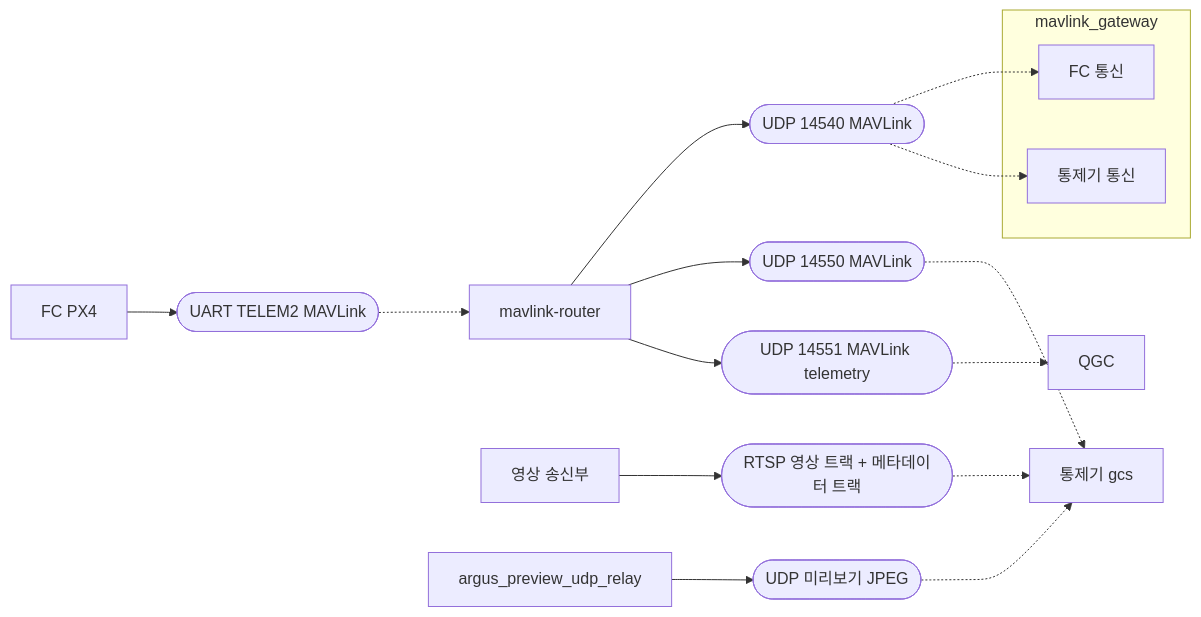
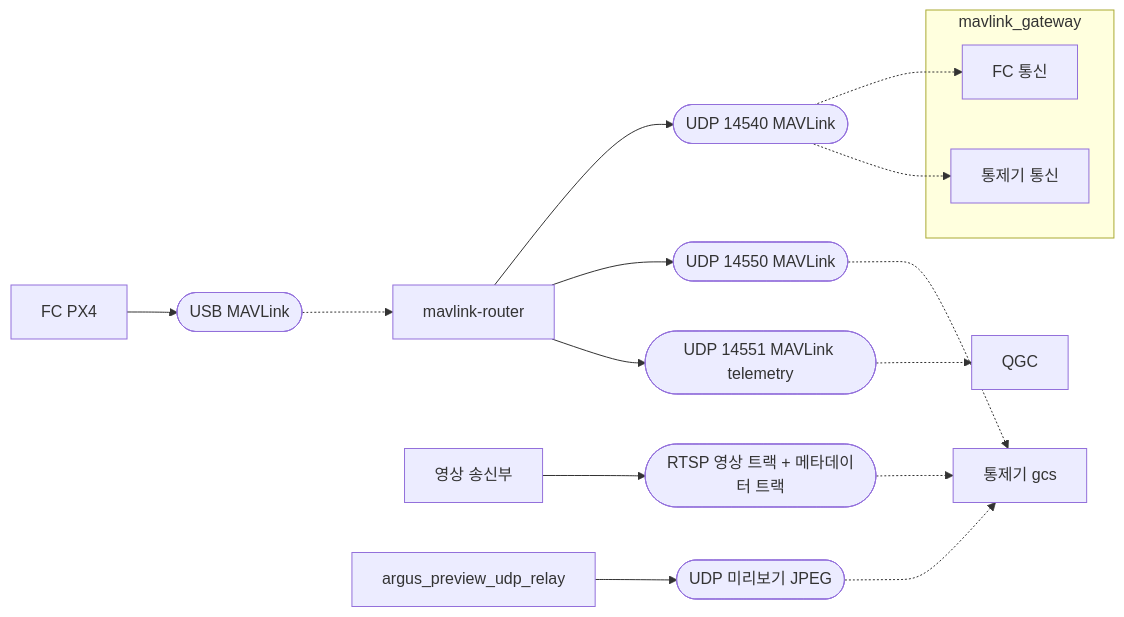
One commit to lig-argus/argus-edge-vision changed the fourth of 4 diagrams in docs/design/uml/component.md. Above: the diagram before and after it, drawn with Mermaid. The commit also changed other lines of this file and 5 other files, not shown here.

First line of the commit message:
docs: FC 와 임무 컴퓨터의 연결을 UART 에서 USB 로 변경 (#87)

````diff
--- a/docs/design/uml/component.md
+++ b/docs/design/uml/component.md
@@ -115,34 +115,34 @@
 ```mermaid
 flowchart LR
     FC[FC PX4]
     router[mavlink-router]
     subgraph mavlink_gateway [mavlink_gateway]
         fc_link[FC 통신]
         gcs_link[통제기 통신]
     end
     vtx[영상 송신부]
     relay[argus_preview_udp_relay]
     gcs[통제기 gcs]
     qgc[QGC]
 
-    i_uart([UART TELEM2 MAVLink])
+    i_usb([USB MAVLink])
     i_14540([UDP 14540 MAVLink])
     i_14550([UDP 14550 MAVLink])
     i_14551([UDP 14551 MAVLink telemetry])
     i_rtsp([RTSP 영상 트랙 + 메타데이터 트랙])
     i_preview([UDP 미리보기 JPEG])
 
-    FC --> i_uart
-    i_uart -.-> router
+    FC --> i_usb
+    i_usb -.-> router
     router --> i_14540
     router --> i_14550
     router --> i_14551
     i_14540 -.-> fc_link
     i_14540 -.-> gcs_link
     i_14550 -.-> gcs
     i_14551 -.-> qgc
     vtx --> i_rtsp
     i_rtsp -.-> gcs
     relay --> i_preview
     i_preview -.-> gcs
 ```
````
